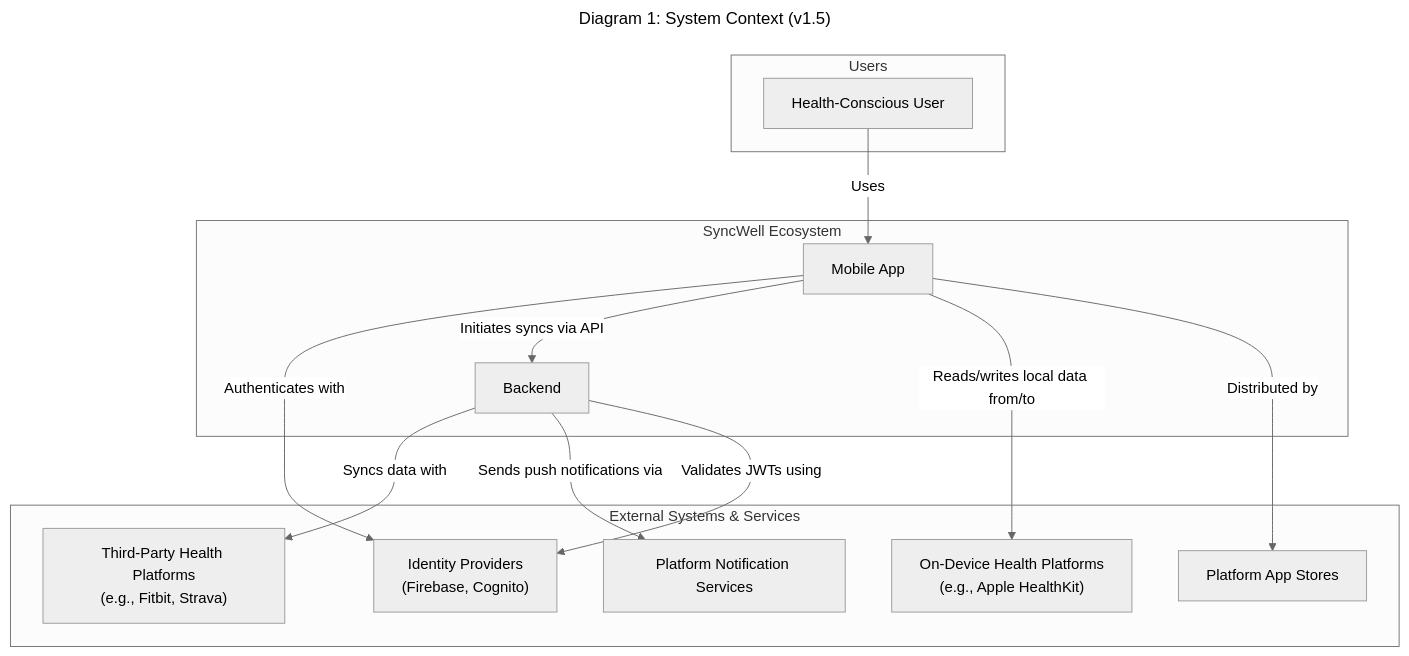
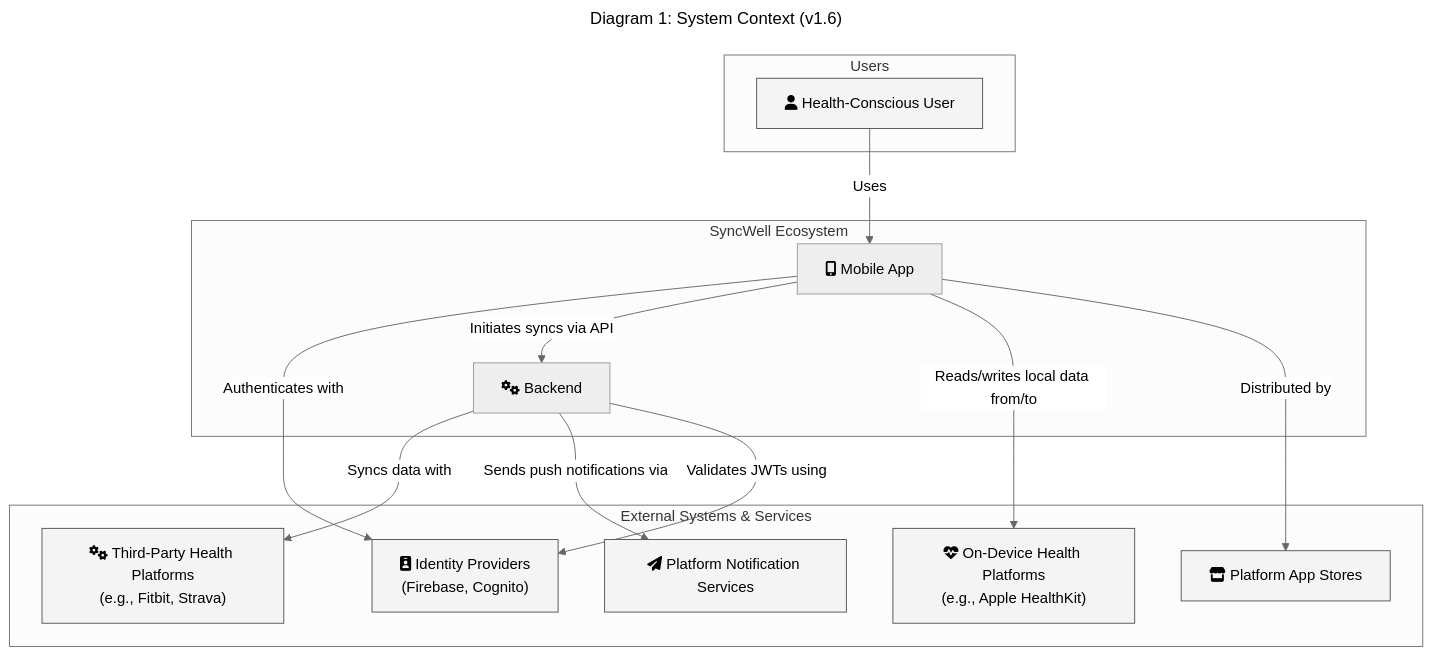
Before and after one commit to dino10bit/healthsync: the fifth of 15 diagrams in docs/architecture/06-technical-architecture.md, drawn with Mermaid (neutral theme). The commit also changed other lines of this file, not shown here.

First line of the commit message:
Enhance diagrams with professional styling and icons

````diff
--- a/docs/architecture/06-technical-architecture.md
+++ b/docs/architecture/06-technical-architecture.md
@@ -1066,31 +1078,39 @@
 ```mermaid
 ---
-title: "Diagram 1: System Context (v1.5)"
+title: "Diagram 1: System Context (v1.6)"
 ---
 graph TD
+    %% Define Styles
+    classDef user fill:#f4f4f4,stroke:#525252;
+    classDef external fill:#f4f4f4,stroke:#525252;
+
     subgraph SyncWell Ecosystem
-        A[Mobile App]
-        B[Backend]
+        A["`fa:fa-mobile-alt Mobile App`"]
+        B["`fa:fa-cogs Backend`"]
     end
 
     subgraph Users
-        C[Health-Conscious User]
+        C["`fa:fa-user Health-Conscious User`"]
     end
 
     subgraph "External Systems & Services"
-        D["Third-Party Health Platforms<br>(e.g., Fitbit, Strava)"]
-        D2["On-Device Health Platforms<br>(e.g., Apple HealthKit)"]
-        E[Platform App Stores]
-        F[Platform Notification Services]
-        G["Identity Providers<br>(Firebase, Cognito)"]
+        D["`fa:fa-cogs Third-Party Health Platforms<br>(e.g., Fitbit, Strava)`"]
+        D2["`fa:fa-heartbeat On-Device Health Platforms<br>(e.g., Apple HealthKit)`"]
+        E["`fa:fa-store Platform App Stores`"]
+        F["`fa:fa-paper-plane Platform Notification Services`"]
+        G["`fa:fa-id-badge Identity Providers<br>(Firebase, Cognito)`"]
     end
+
+    %% Apply styles
+    class C user;
+    class D,D2,E,F,G external;
 
     C -- "Uses" --> A
     A -- "Authenticates with" --> G
     A -- "Initiates syncs via API" --> B
     A -- "Reads/writes local data from/to" --> D2
     A -- "Distributed by" --> E
     B -- "Syncs data with" --> D
     B -- "Sends push notifications via" --> F
     B -- "Validates JWTs using" --> G
 ```
````
